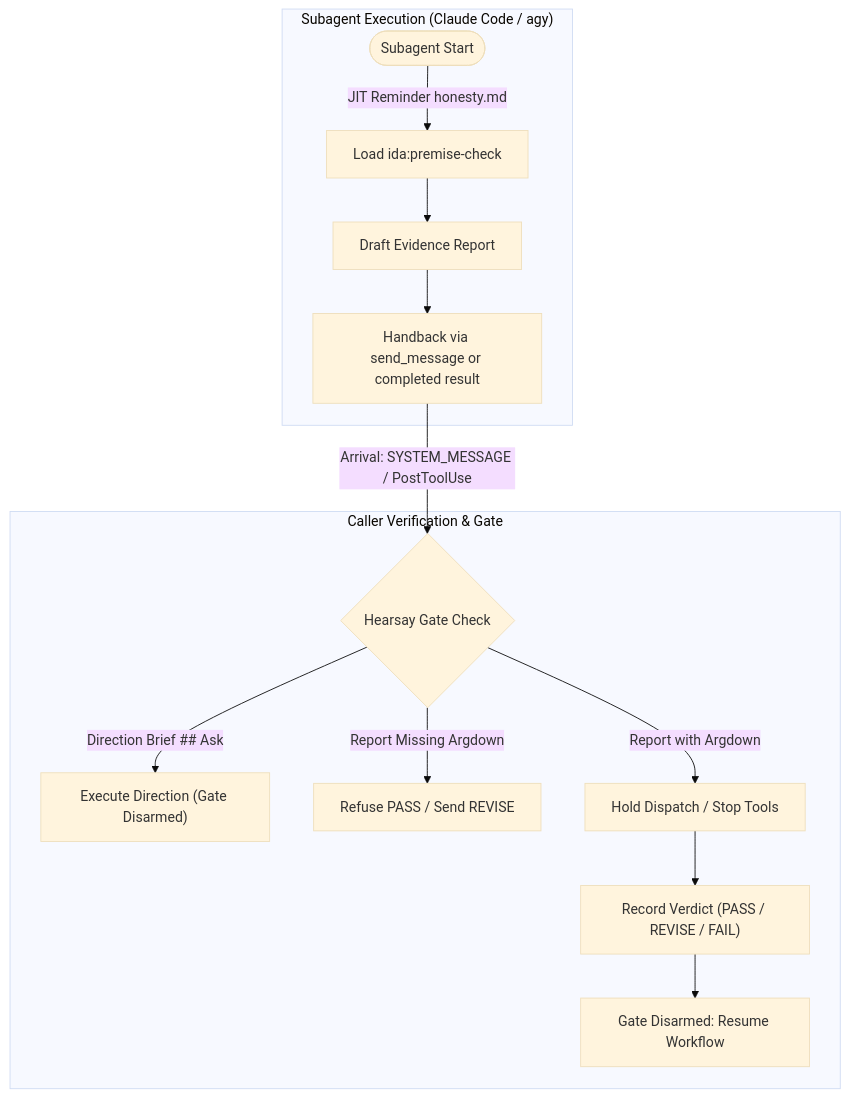
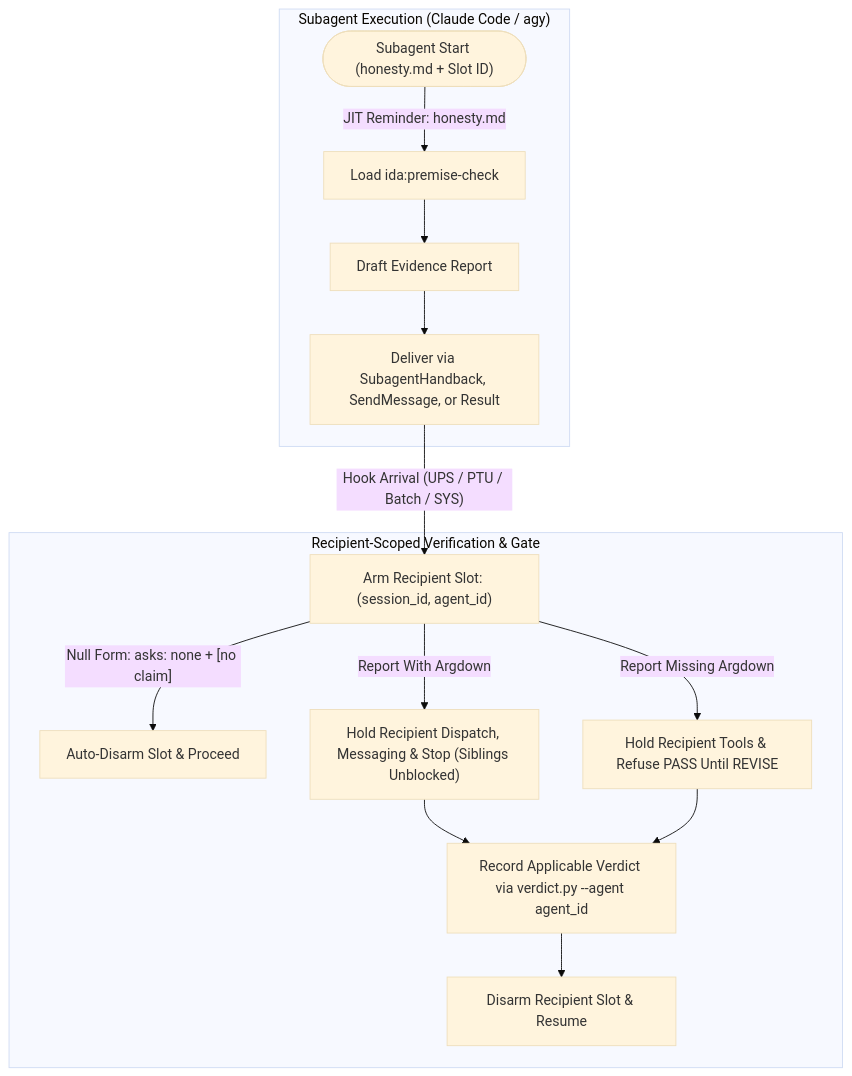
Before and after one commit to nicsuzor/academicOps: the diagram in specs/enforcement/evidence-contract-enforcement.md, drawn with Mermaid (base theme). The commit also changed other lines of this file and 10 other files, not shown here.

Commit message:
fix(hooks): scope premise-check gate per agent slot and fix subagent handbacks (#3686)

````diff
--- a/specs/enforcement/evidence-contract-enforcement.md
+++ b/specs/enforcement/evidence-contract-enforcement.md
@@ -15,16 +15,17 @@
 ```mermaid
 flowchart TD
     subgraph SubagentExecution ["Subagent Execution (Claude Code / agy)"]
-        Start(["Subagent Start"]) -->|JIT Reminder honesty.md| Prompt["Load ida:premise-check"]
+        Start(["Subagent Start (honesty.md + Slot ID)"]) -->|"JIT Reminder: honesty.md"| Prompt["Load ida:premise-check"]
         Prompt --> Draft["Draft Evidence Report"]
-        Draft --> Handback["Handback via send_message or completed result"]
+        Draft --> Handback["Deliver via SubagentHandback, SendMessage, or Result"]
     end
-    subgraph CallerVerification ["Caller Verification & Gate"]
-        Handback -->|Arrival: SYSTEM_MESSAGE / PostToolUse| GateCheck{"Hearsay Gate Check"}
-        GateCheck -->|Direction Brief ## Ask| NoBlock["Execute Direction (Gate Disarmed)"]
-        GateCheck -->|Report Missing Argdown| ReviseReq["Refuse PASS / Send REVISE"]
-        GateCheck -->|Report with Argdown| BlockTool["Hold Dispatch / Stop Tools"]
-        BlockTool --> RecordVerdict["Record Verdict (PASS / REVISE / FAIL)"]
-        RecordVerdict --> Disarm["Gate Disarmed: Resume Workflow"]
+    subgraph CallerVerification ["Recipient-Scoped Verification & Gate"]
+        Handback -->|"Hook Arrival (UPS / PTU / Batch / SYS)"| SlotArm["Arm Recipient Slot: (session_id, agent_id)"]
+        SlotArm -->|"Null Form: asks: none + [no claim]"| DisarmNull["Auto-Disarm Slot & Proceed"]
+        SlotArm -->|"Report With Argdown"| HoldSlot["Hold Recipient Dispatch, Messaging & Stop (Siblings Unblocked)"]
+        SlotArm -->|"Report Missing Argdown"| HoldMissing["Hold Recipient Tools & Refuse PASS Until REVISE"]
+        HoldSlot --> Verdict["Record Applicable Verdict via verdict.py --agent agent_id"]
+        HoldMissing --> Verdict
+        Verdict --> Disarm["Disarm Recipient Slot & Resume"]
     end
 ```
````
